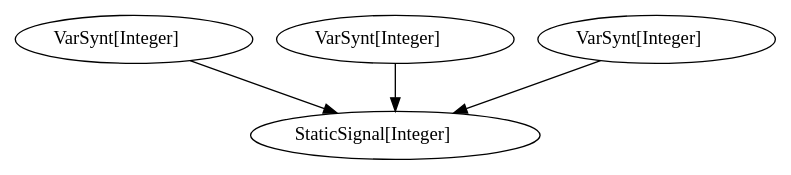
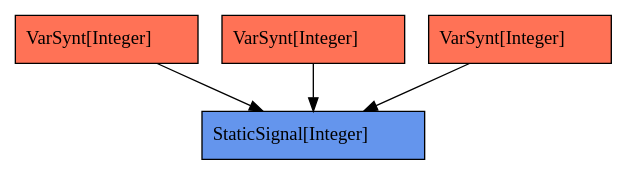
The diagram in REScala/logs/starter.dot (rescala-lang/REScala), drawn with Graphviz before and after one commit. The commit also changed 4 other files, not shown here.

Commit message:
refactoring + added colors to graph visualization

```diff
--- a/REScala/logs/starter.dot
+++ b/REScala/logs/starter.dot
@@ -1,9 +1,10 @@
 digraph G {
-503457264 [label=<VarSynt[Integer]>]
-1803412942 [label=<VarSynt[Integer]>]
-377122436 [label=<VarSynt[Integer]>]
-2023748625 [label=<StaticSignal[Integer]>]
-503457264 -> 2023748625
-1803412942 -> 2023748625
-377122436 -> 2023748625
+node [shape=box]
+1953349552 [label=<VarSynt[Integer]> style=filled fillcolor=coral1]
+1680230135 [label=<VarSynt[Integer]> style=filled fillcolor=coral1]
+217920895 [label=<VarSynt[Integer]> style=filled fillcolor=coral1]
+2094876204 [label=<StaticSignal[Integer]> style=filled fillcolor=cornflowerblue]
+1953349552 -> 2094876204
+1680230135 -> 2094876204
+217920895 -> 2094876204
 }
```
